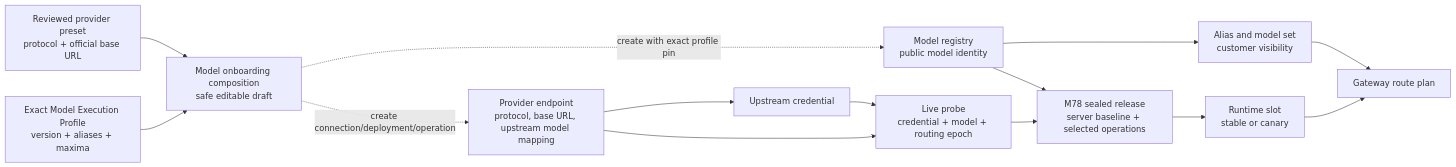
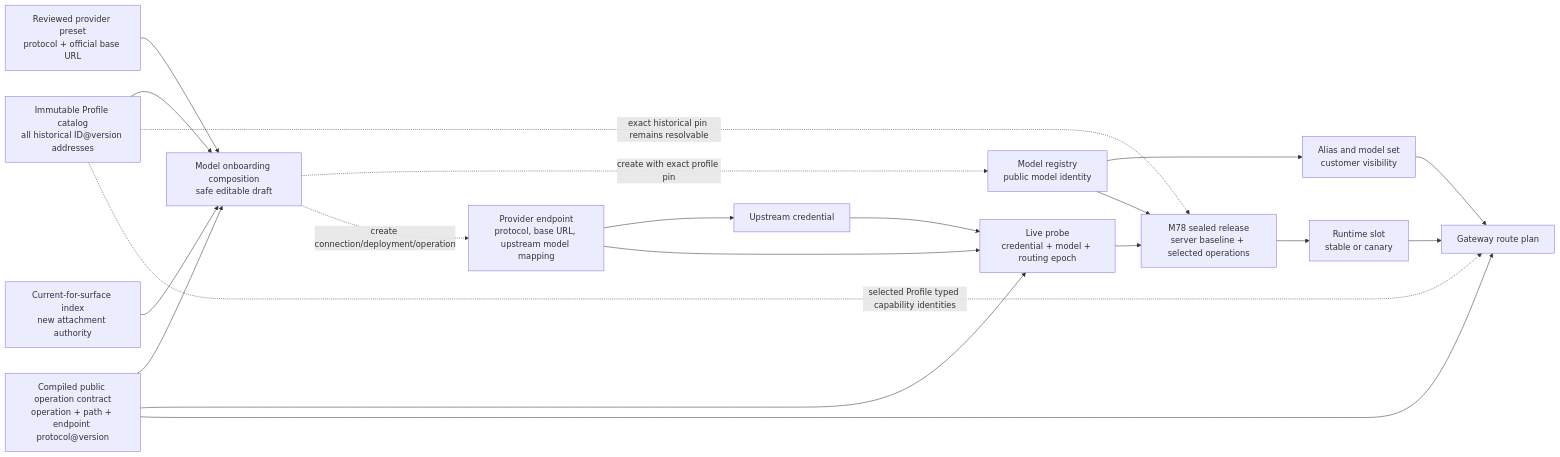
Before and after one commit to foigent/unirouter: the first of 6 diagrams in docs/architecture/SYSTEM-FACT-MAP.md, drawn with Mermaid. The commit also changed other lines of this file and 213 other files, not shown here.

````diff
--- a/docs/architecture/SYSTEM-FACT-MAP.md
+++ b/docs/architecture/SYSTEM-FACT-MAP.md
@@ -96,16 +105,22 @@
 ```mermaid
 flowchart LR
   T["Reviewed provider preset\nprotocol + official base URL"] --> O["Model onboarding composition\nsafe editable draft"]
-  E["Exact Model Execution Profile\nversion + aliases + maxima"] --> O
+  H["Immutable Profile catalog\nall historical ID@version addresses"] --> O
+  E["Current-for-surface index\nnew attachment authority"] --> O
+  X["Compiled public operation contract\noperation + path + endpoint protocol@version"] --> O
   R["Model registry\npublic model identity"] --> A["Alias and model set\ncustomer visibility"]
   C["Provider endpoint\nprotocol, base URL, upstream model mapping"] --> K["Upstream credential"]
   O -. "create with exact profile pin" .-> R
   O -. "create connection/deployment/operation" .-> C
   K --> P["Live probe\ncredential + model + routing epoch"]
   C --> P
+  X --> P
   R --> L["M78 sealed release\nserver baseline + selected operations"]
+  H -. "exact historical pin remains resolvable" .-> L
   P --> L
   L --> S["Runtime slot\nstable or canary"]
   S --> G["Gateway route plan"]
+  X --> G
+  H -. "selected Profile typed capability identities" .-> G
   A --> G
 ```
````
